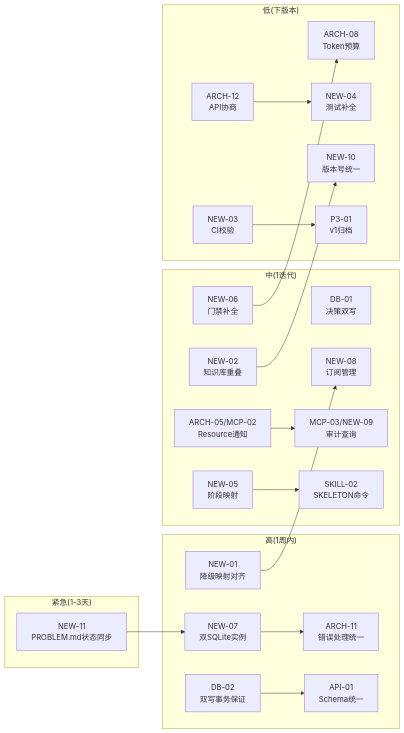
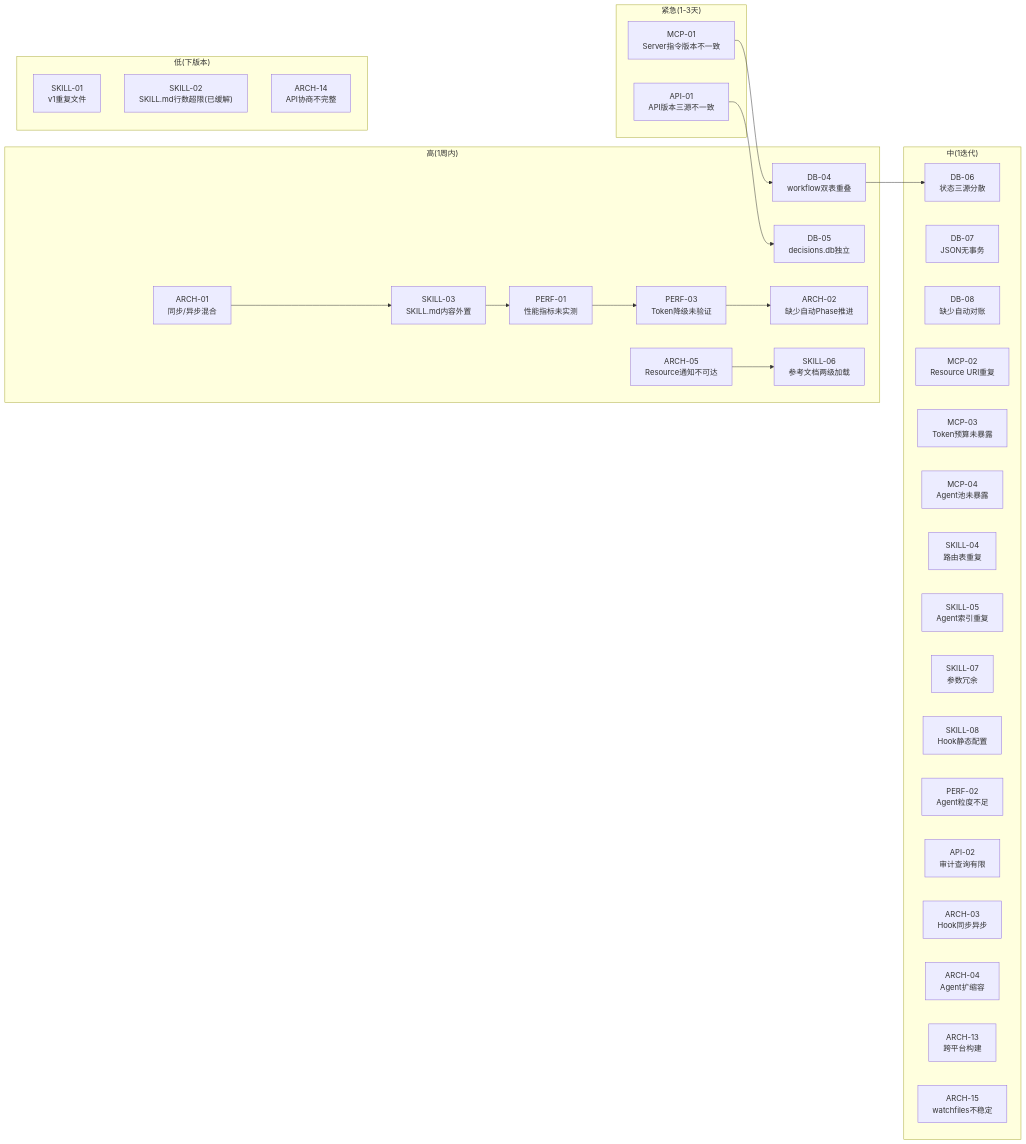
Before and after one commit to xuanyuanchumo/xuansto: the third of 3 diagrams in docs/plan/v-l.md, drawn with Mermaid. The commit also changed other lines of this file and 34 other files, not shown here.

````diff
--- a/docs/plan/v-l.md
+++ b/docs/plan/v-l.md
@@ -638,44 +454,53 @@
 ```mermaid
 graph LR
     subgraph "紧急(1-3天)"
-        N11["NEW-11<br/>PROBLEM.md状态同步"]
+        M1["MCP-01<br/>Server指令版本不一致"]
+        A1["API-01<br/>API版本三源不一致"]
     end
 
     subgraph "高(1周内)"
-        N7["NEW-07<br/>双SQLite实例"]
-        DB2["DB-02<br/>双写事务保证"]
-        N1["NEW-01<br/>降级映射对齐"]
-        A11["ARCH-11<br/>错误处理统一"]
-        A1["API-01<br/>Schema统一"]
+        D4["DB-04<br/>workflow双表重叠"]
+        D5["DB-05<br/>decisions.db独立"]
+        AR1["ARCH-01<br/>同步/异步混合"]
+        AR2["ARCH-02<br/>缺少自动Phase推进"]
+        AR5["ARCH-05<br/>Resource通知不可达"]
+        S3["SKILL-03<br/>SKILL.md内容外置"]
+        S6["SKILL-06<br/>参考文档两级加载"]
+        P1["PERF-01<br/>性能指标未实测"]
+        P3["PERF-03<br/>Token降级未验证"]
     end
 
     subgraph "中(1迭代)"
-        D1["DB-01<br/>决策双写"]
-        A5["ARCH-05/MCP-02<br/>Resource通知"]
-        N8["NEW-08<br/>订阅管理"]
-        M3["MCP-03/NEW-09<br/>审计查询"]
-        N5["NEW-05<br/>阶段映射"]
-        N6["NEW-06<br/>门禁补全"]
-        N2["NEW-02<br/>知识库重叠"]
-        S2["SKILL-02<br/>SKELETON命令"]
+        D6["DB-06<br/>状态三源分散"]
+        D7["DB-07<br/>JSON无事务"]
+        D8["DB-08<br/>缺少自动对账"]
+        M2["MCP-02<br/>Resource URI重复"]
+        M3["MCP-03<br/>Token预算未暴露"]
+        M4["MCP-04<br/>Agent池未暴露"]
+        S4["SKILL-04<br/>路由表重复"]
+        S5["SKILL-05<br/>Agent索引重复"]
+        S7["SKILL-07<br/>参数冗余"]
+        S8["SKILL-08<br/>Hook静态配置"]
+        P2["PERF-02<br/>Agent粒度不足"]
+        A2["API-02<br/>审计查询有限"]
+        AR3["ARCH-03<br/>Hook同步异步"]
+        AR4["ARCH-04<br/>Agent扩缩容"]
+        AR13["ARCH-13<br/>跨平台构建"]
+        AR15["ARCH-15<br/>watchfiles不稳定"]
     end
 
     subgraph "低(下版本)"
-        A8["ARCH-08<br/>Token预算"]
-        A12["ARCH-12<br/>API协商"]
-        N3["NEW-03<br/>CI校验"]
-        N4["NEW-04<br/>测试补全"]
-        N10["NEW-10<br/>版本号统一"]
-        P1["P3-01<br/>v1归档"]
+        S1["SKILL-01<br/>v1重复文件"]
+        S2["SKILL-02<br/>SKILL.md行数超限(已缓解)"]
+        AR14["ARCH-14<br/>API协商不完整"]
     end
 
-    N11 --> N7 --> A11
-    DB2 --> A1
-    N1 --> N8
-    A5 --> M3
-    N5 --> S2
-    N6 --> A8
-    N2 --> N10
-    A12 --> N4
-    N3 --> P1
+    M1 --> D4
+    A1 --> D5
+    AR1 --> S3
+    AR5 --> S6
+    D4 --> D6
+    S3 --> P1
+    P1 --> P3
+    P3 --> AR2
 ```
````
